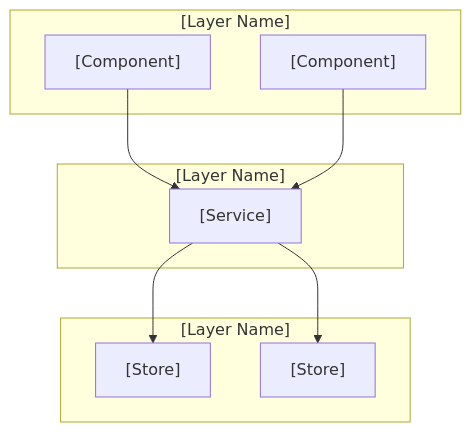
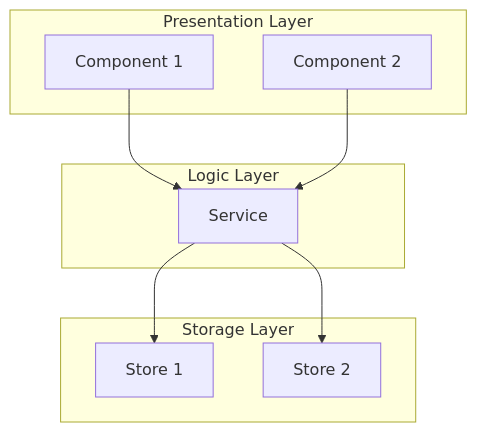
One commit to Xavier-Brinon/get-my-shit-done changed the first of 3 diagrams in get-my-shit-done/templates/research-project/ARCHITECTURE.org. Above: the diagram before and after it, drawn with Mermaid. The commit also changed other lines of this file and 1 other file, not shown here.

First line of the commit message:
feat(01-02): replace ob-mermaid blocks in architecture templates

```diff
--- a/get-my-shit-done/templates/research-project/ARCHITECTURE.org
+++ b/get-my-shit-done/templates/research-project/ARCHITECTURE.org
@@ -111,18 +146,18 @@
-#+begin_src mermaid :file arch-system-overview.png :exports results
+#+begin_src mermaid :exports none
 flowchart TD
-    subgraph Presentation["[Layer Name]"]
-        C1["[Component]"]
-        C2["[Component]"]
+    subgraph Presentation["Presentation Layer"]
+        C1["Component 1"]
+        C2["Component 2"]
     end
-    subgraph Logic["[Layer Name]"]
-        S1["[Service]"]
+    subgraph Logic["Logic Layer"]
+        S1["Service"]
     end
-    subgraph Storage["[Layer Name]"]
-        D1["[Store]"]
-        D2["[Store]"]
+    subgraph Storage["Storage Layer"]
+        D1["Store 1"]
+        D2["Store 2"]
     end
     C1 --> S1
     C2 --> S1
     S1 --> D1
     S1 --> D2
 #+end_src
```
